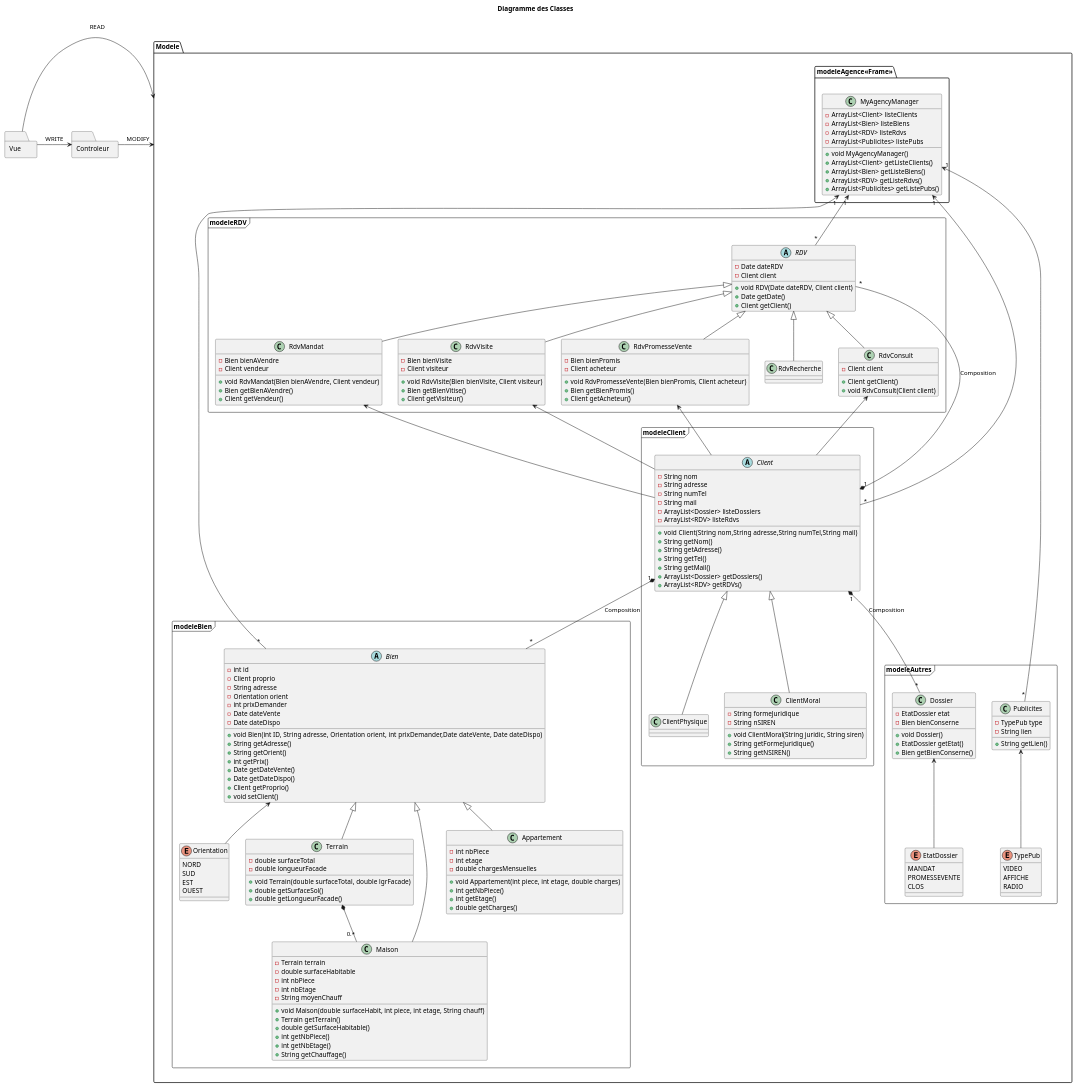
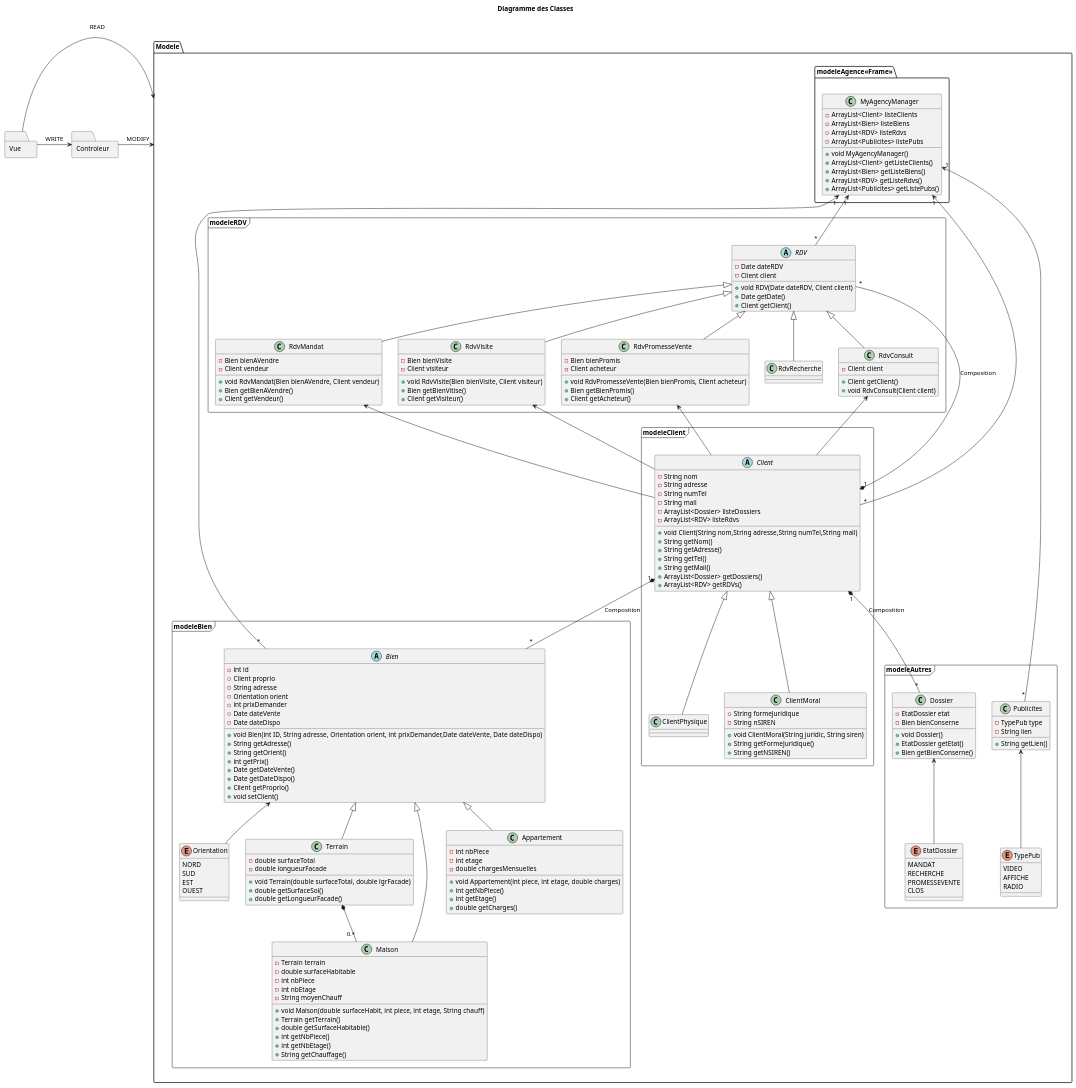
The diagram in DossierConception/Class_v2.pu (Arnaud-Sibade-Tlse/ProjetUML_Miashs), drawn with PlantUML before and after one commit. The commit also changed 1 other file, not shown here.

```diff
--- a/DossierConception/Class_v2.pu
+++ b/DossierConception/Class_v2.pu
@@ -160,6 +160,7 @@
 		
 		enum EtatDossier{
 		  MANDAT
+		  RECHERCHE
 		  PROMESSEVENTE
 		  CLOS
 		}
```
